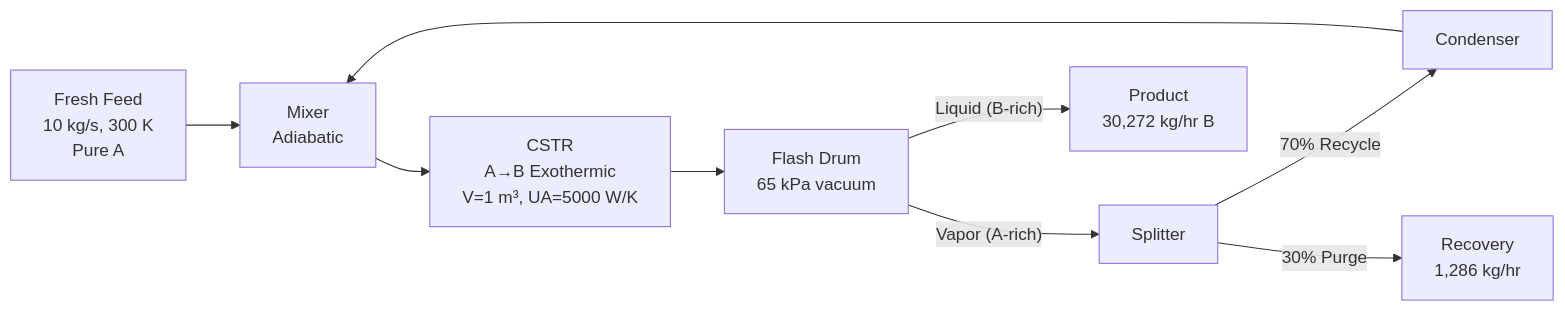
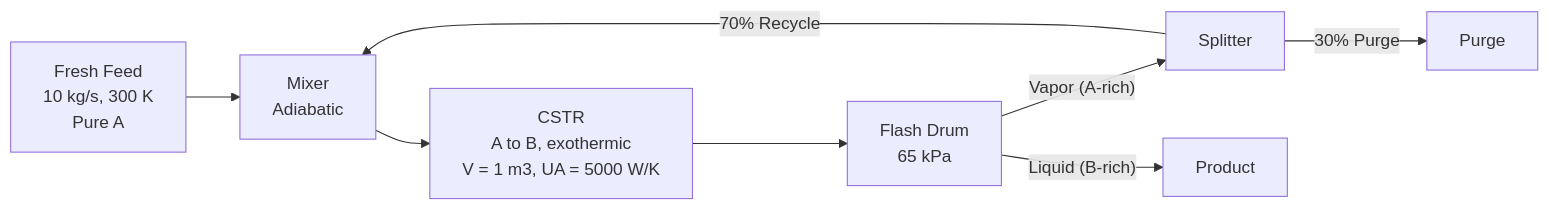
One commit to aryand079/PIML-Architecture changed the diagram in README.md. Above: the diagram before and after it, drawn with Mermaid. The commit also changed other lines of this file, not shown here.

````diff
--- a/README.md
+++ b/README.md
@@ -28,10 +30,10 @@
 ```mermaid
 flowchart LR
     FF["Fresh Feed\n10 kg/s, 300 K\nPure A"] --> MIX["Mixer\nAdiabatic"]
-    MIX --> CSTR["CSTR\nA→B Exothermic\nV=1 m³, UA=5000 W/K"]
-    CSTR --> FLASH["Flash Drum\n65 kPa vacuum"]
+    MIX --> CSTR["CSTR\nA to B, exothermic\nV = 1 m3, UA = 5000 W/K"]
+    CSTR --> FLASH["Flash Drum\n65 kPa"]
     FLASH -->|"Vapor (A-rich)"| SPLIT["Splitter"]
-    FLASH -->|"Liquid (B-rich)"| PROD["Product\n30,272 kg/hr B"]
-    SPLIT -->|"70% Recycle"| COND["Condenser"] --> MIX
-    SPLIT -->|"30% Purge"| PURGE["Recovery\n1,286 kg/hr"]
+    FLASH -->|"Liquid (B-rich)"| PROD["Product"]
+    SPLIT -->|"70% Recycle"| MIX
+    SPLIT -->|"30% Purge"| PURGE["Purge"]
 ```
````
